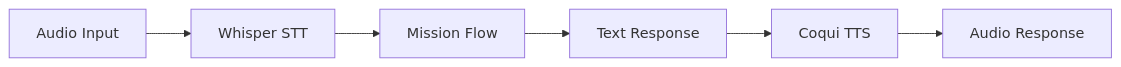
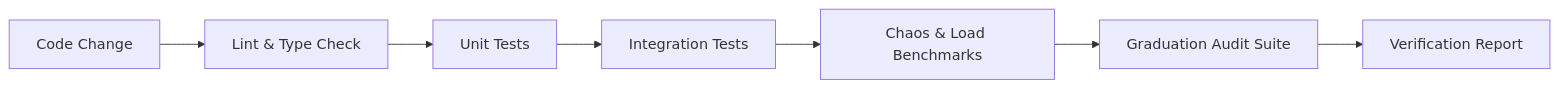
One commit to Blackdrg/levi-ai-innovate changed diagram 12 of 12 in README.md. Above: the diagram before and after it, drawn with Mermaid. The commit also changed other lines of this file and 34 other files, not shown here.

Commit message:
feat: finalize production documentation and architectural hardening

````diff
--- a/README.md
+++ b/README.md
@@ -978,8 +360,9 @@
 ```mermaid
 graph LR
-    AudioIn[Audio Input] --> STT[Whisper STT]
-    STT --> Mission[Mission Flow]
-    Mission --> Result[Text Response]
-    Result --> TTS[Coqui TTS]
-    TTS --> AudioOut[Audio Response]
+    Code[Code Change] --> Static[Lint & Type Check]
+    Static --> Unit[Unit Tests]
+    Unit --> Integ[Integration Tests]
+    Integ --> Chaos[Chaos & Load Benchmarks]
+    Chaos --> Audit[Graduation Audit Suite]
+    Audit --> Report[Verification Report]
 ```
````
